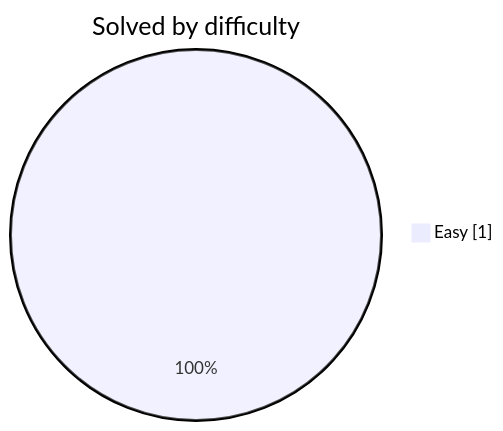
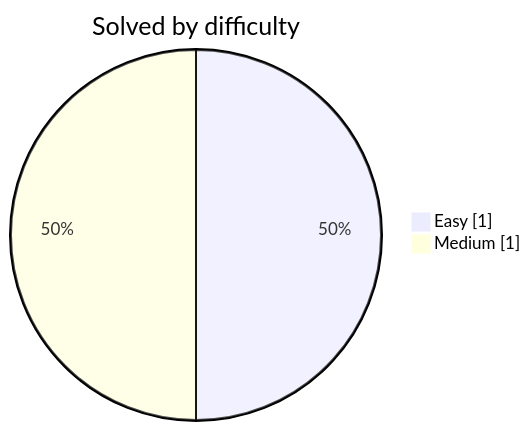
Before and after one commit to DwijeshD/leetcode-solutions: the diagram in README.md, drawn with Mermaid. The commit also changed other lines of this file and 2 other files, not shown here.

````diff
--- a/README.md
+++ b/README.md
@@ -31,5 +31,6 @@
 ```mermaid
 pie showData
     title Solved by difficulty
     "Easy" : 1
+    "Medium" : 1
 ```
````
